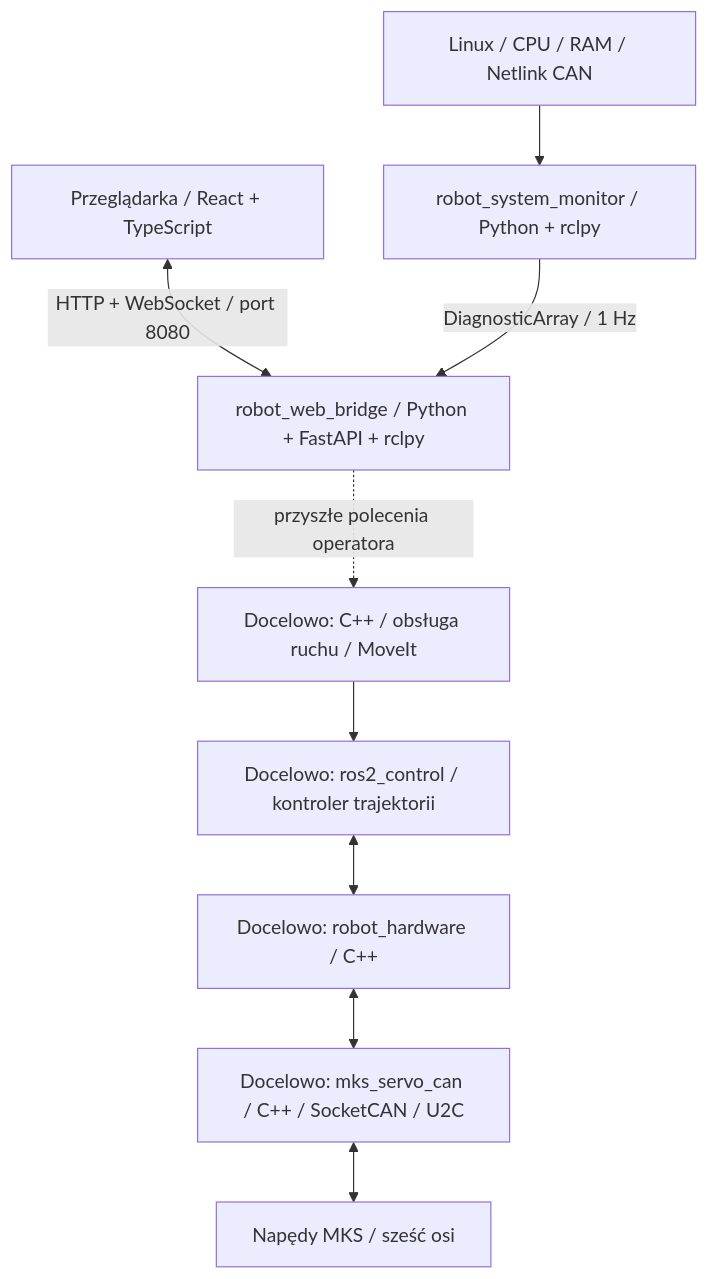
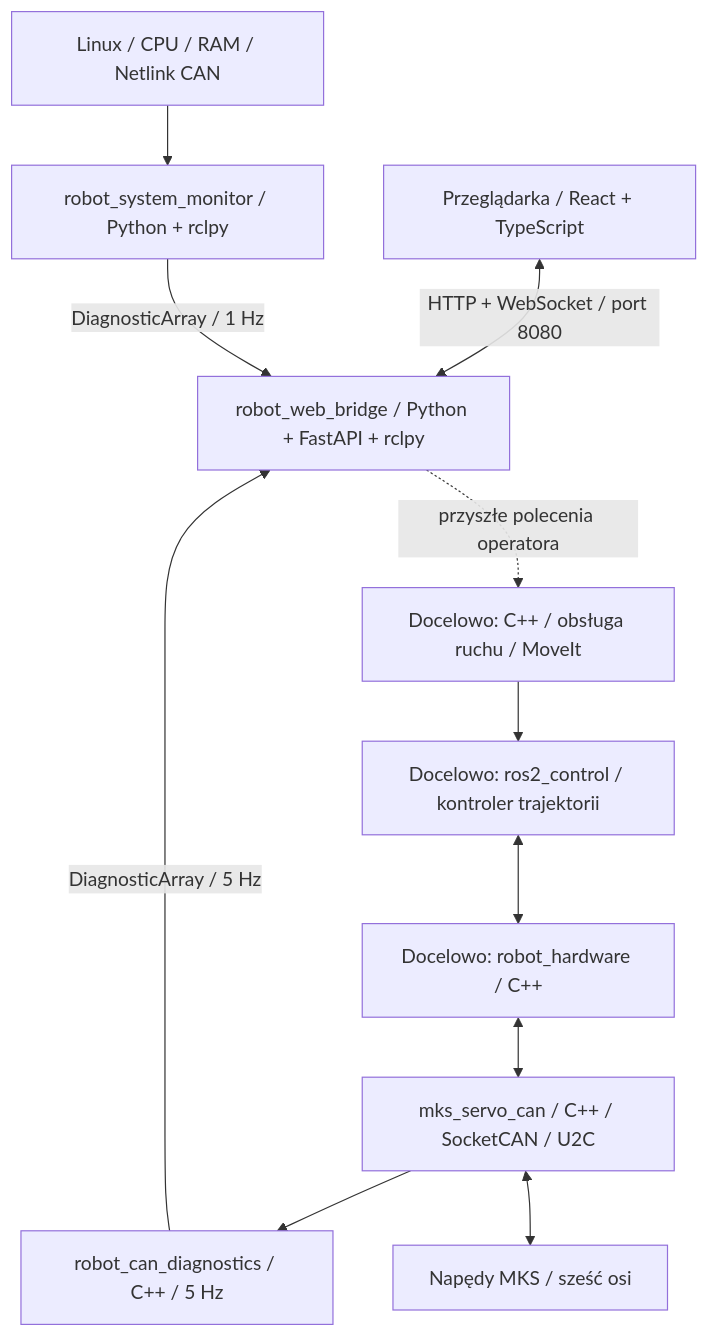
One commit to Majster1234/MAGNIUS changed the diagram in docs/architecture.md. Above: the diagram before and after it, drawn with Mermaid. The commit also changed other lines of this file and 29 other files, not shown here.

````diff
--- a/docs/architecture.md
+++ b/docs/architecture.md
@@ -16,20 +17,23 @@
 ```mermaid
 flowchart TD
     UI[Przeglądarka / React + TypeScript]
     API[robot_web_bridge / Python + FastAPI + rclpy]
     MON[robot_system_monitor / Python + rclpy]
     LINUX[Linux / CPU / RAM / Netlink CAN]
     MOVE[Docelowo: C++ / obsługa ruchu / MoveIt]
     CTRL[Docelowo: ros2_control / kontroler trajektorii]
     HW[Docelowo: robot_hardware / C++]
-    CAN[Docelowo: mks_servo_can / C++ / SocketCAN / U2C]
+    DIAG[robot_can_diagnostics / C++ / 5 Hz]
+    CAN[mks_servo_can / C++ / SocketCAN / U2C]
     DRIVES[Napędy MKS / sześć osi]
     UI <-->|HTTP + WebSocket / port 8080| API
     LINUX --> MON
     MON -->|DiagnosticArray / 1 Hz| API
+    CAN --> DIAG
+    DIAG -->|DiagnosticArray / 5 Hz| API
     API -. przyszłe polecenia operatora .-> MOVE
     MOVE --> CTRL
     CTRL <--> HW
     HW <--> CAN
     CAN <--> DRIVES
 ```
````
